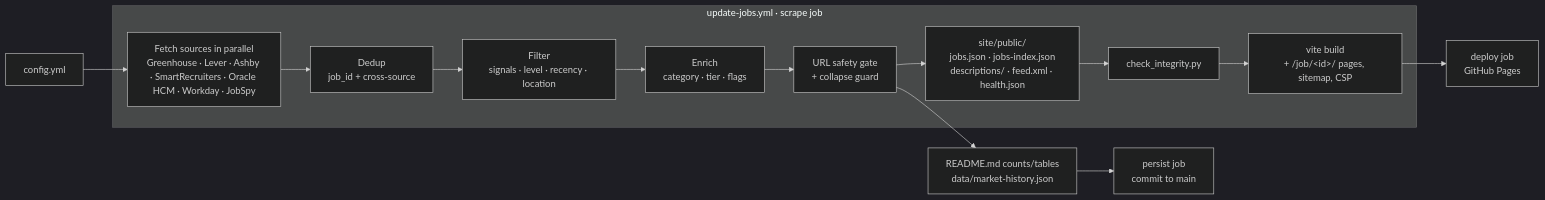
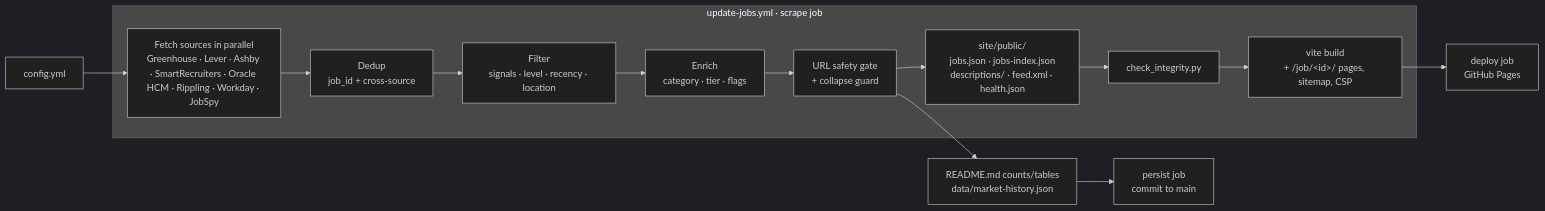
Before and after one commit to ambicuity/New-Grad-Jobs: the diagram in docs/architecture.md, drawn with Mermaid (dark theme). The commit also changed other lines of this file and 24 other files, not shown here.

First line of the commit message:
feat(sources): add a Rippling source with 16 verified boards (#398)

````diff
--- a/docs/architecture.md
+++ b/docs/architecture.md
@@ -9,16 +9,16 @@
 ```mermaid
 flowchart LR
     cfg[config.yml] --> fetch
     subgraph scrape["update-jobs.yml · scrape job"]
-        fetch["Fetch sources in parallel<br/>Greenhouse · Lever · Ashby · SmartRecruiters · Oracle HCM · Workday · JobSpy"] --> dedup[Dedup<br/>job_id + cross-source]
+        fetch["Fetch sources in parallel<br/>Greenhouse · Lever · Ashby · SmartRecruiters · Oracle HCM · Rippling · Workday · JobSpy"] --> dedup[Dedup<br/>job_id + cross-source]
         dedup --> filter[Filter<br/>signals · level · recency · location]
         filter --> enrich[Enrich<br/>category · tier · flags]
         enrich --> gate[URL safety gate<br/>+ collapse guard]
         gate --> out["site/public/<br/>jobs.json · jobs-index.json<br/>descriptions/ · feed.xml · health.json"]
         out --> check[check_integrity.py]
         check --> build["vite build<br/>+ /job/&lt;id&gt;/ pages, sitemap, CSP"]
     end
     build --> deploy[deploy job<br/>GitHub Pages]
     gate --> state[README.md counts/tables<br/>data/market-history.json]
     state --> persist[persist job<br/>commit to main]
 ```
````
